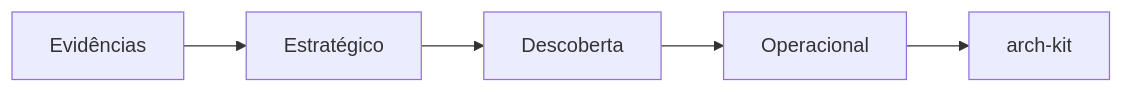
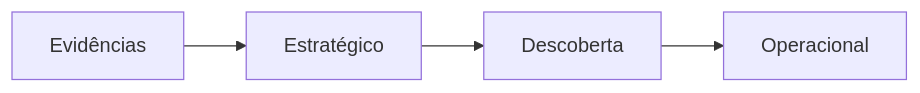
One commit to DudaMoresco/work-kit changed the diagram in domain-kit/references/discovery-workflow.md. Above: the diagram before and after it, drawn with Mermaid. The commit also changed other lines of this file and 94 other files, not shown here.

````diff
--- a/domain-kit/references/discovery-workflow.md
+++ b/domain-kit/references/discovery-workflow.md
@@ -31,7 +30,6 @@
 ```mermaid
 flowchart LR
   EV[Evidências] --> EST[Estratégico]
   EST --> DES[Descoberta]
   DES --> OP[Operacional]
-  OP --> ARCH[arch-kit]
 ```
````
